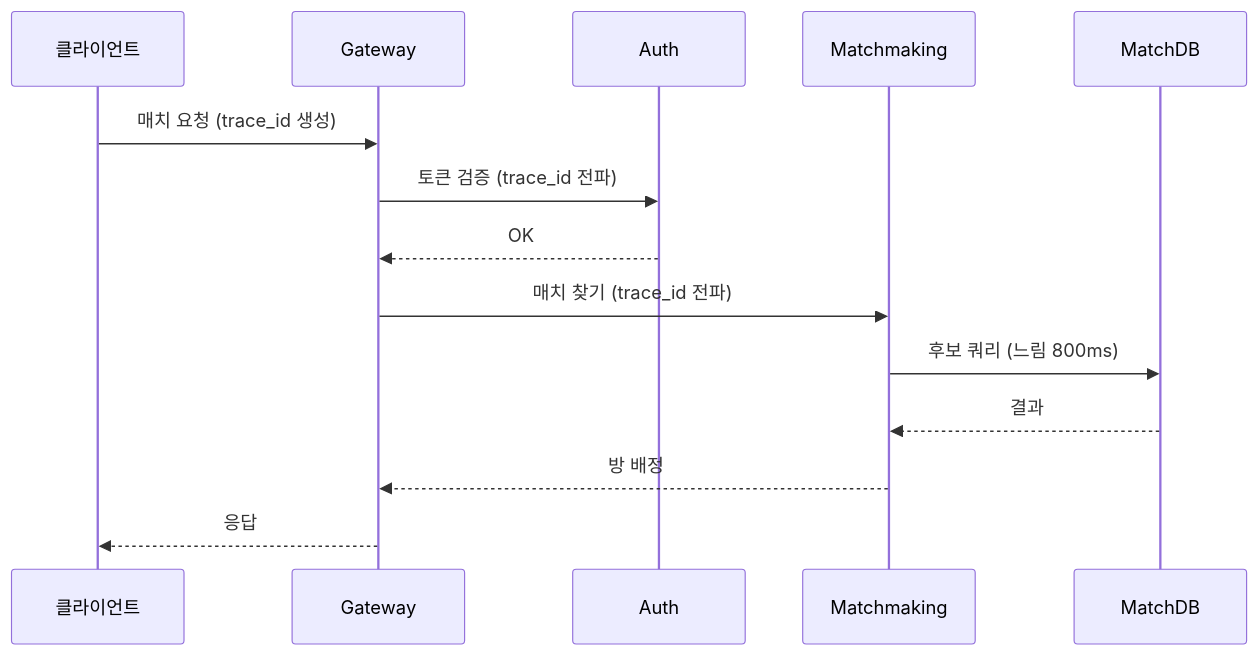
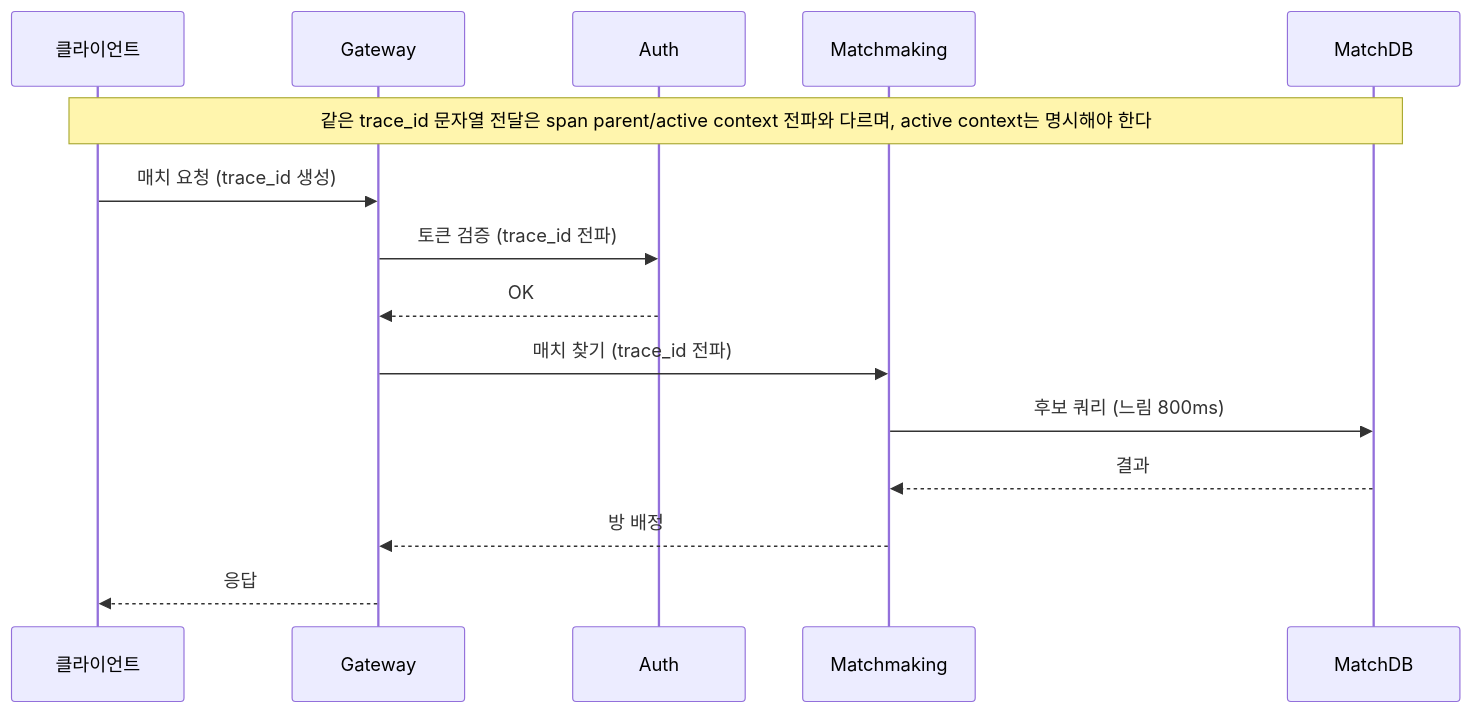
One commit to Rein-ArXiv/game-dev-curriculum changed the third of 5 diagrams in live_service/part06_monitoring.md. Above: the diagram before and after it, drawn with Mermaid. The commit also changed other lines of this file and 279 other files, not shown here.

````diff
--- a/live_service/part06_monitoring.md
+++ b/live_service/part06_monitoring.md
@@ -283,16 +283,17 @@
 ```mermaid
 sequenceDiagram
     participant C as 클라이언트
     participant G as Gateway
     participant A as Auth
     participant M as Matchmaking
     participant D as MatchDB
+    Note over C,D: 같은 trace_id 문자열 전달은 span parent/active context 전파와 다르며, active context는 명시해야 한다
     C->>G: 매치 요청 (trace_id 생성)
     G->>A: 토큰 검증 (trace_id 전파)
     A-->>G: OK
     G->>M: 매치 찾기 (trace_id 전파)
     M->>D: 후보 쿼리 (느림 800ms)
     D-->>M: 결과
     M-->>G: 방 배정
     G-->>C: 응답
 ```
````
